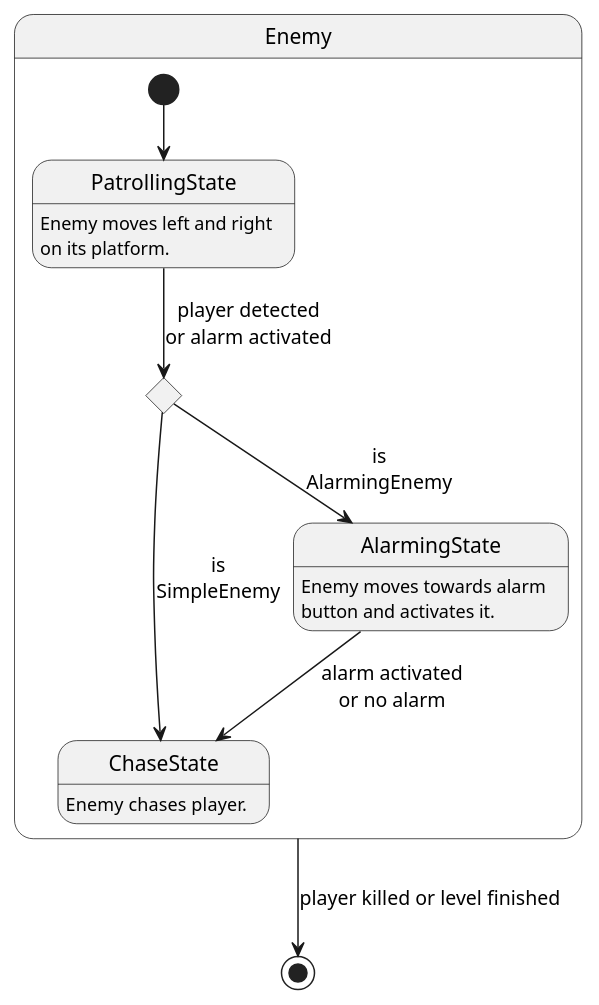
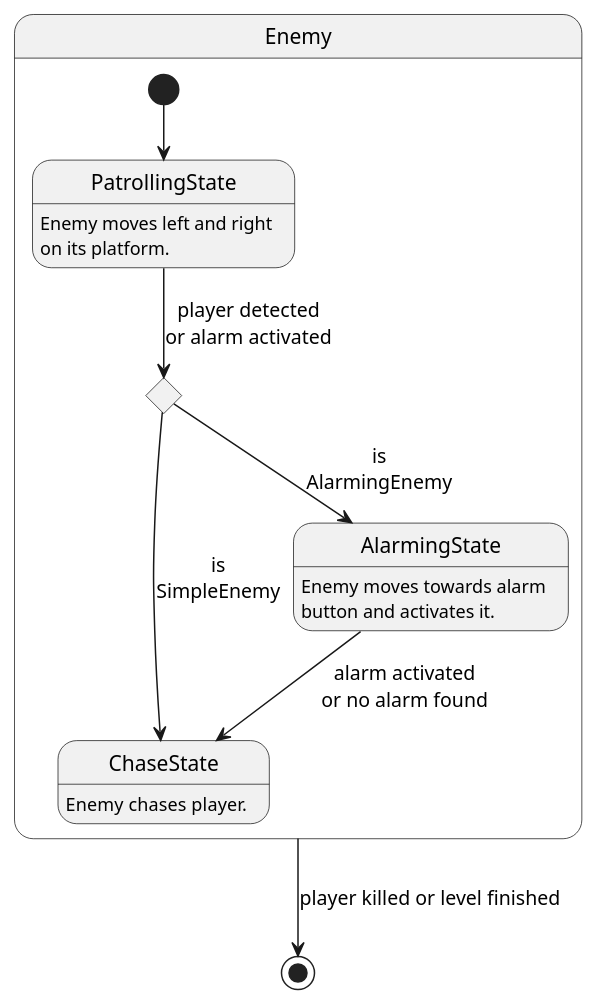
The diagram in UML/enemy_states.puml (CZOLGOWUS/Expect_Resistance), drawn with PlantUML before and after one commit. The commit also changed 2 other files, not shown here.

Commit message:
Add and modify UML diagrams

```diff
--- a/UML/enemy_states.puml
+++ b/UML/enemy_states.puml
@@ -1,20 +1,20 @@
 @startuml
 
 
 
 state Enemy{
     state enemy_type <<choice>>
     [*] --> PatrollingState
 
     PatrollingState --> enemy_type: player detected\nor alarm activated
     enemy_type --> ChaseState: is\nSimpleEnemy
     enemy_type --> AlarmingState: is\nAlarmingEnemy
-    AlarmingState --> ChaseState: alarm activated\nor no alarm
+    AlarmingState --> ChaseState: alarm activated\nor no alarm found
 
     PatrollingState: Enemy moves left and right\non its platform.
     AlarmingState: Enemy moves towards alarm\nbutton and activates it.
     ChaseState: Enemy chases player.
 }
 
 Enemy-->[*]: player killed or level finished
 @enduml
```
